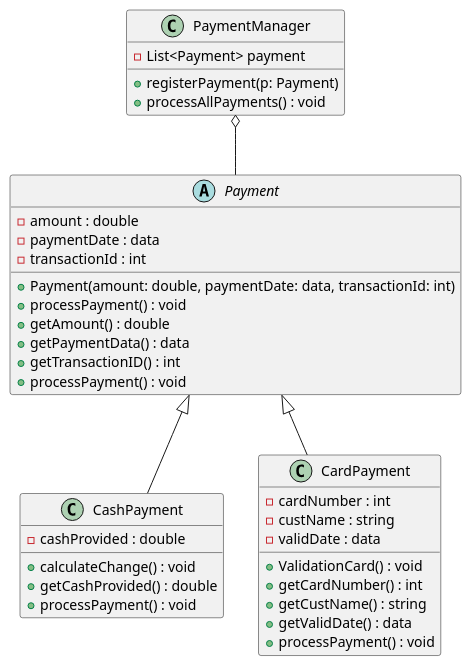
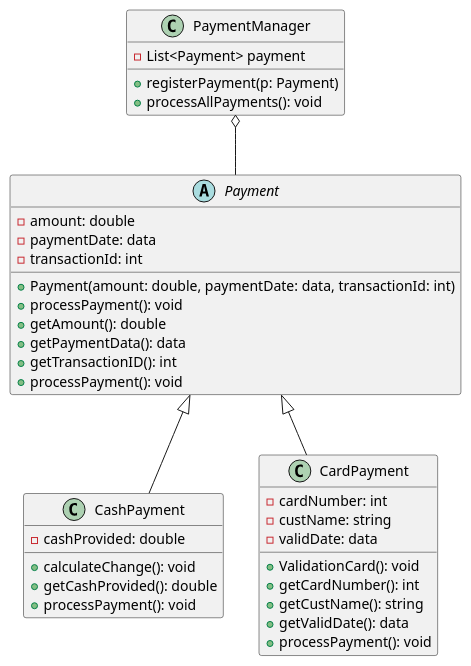
The diagram in class/homework_5.puml (IrinaDubrovina/T1-UML-diagrams), drawn with PlantUML before and after one commit. The commit also changed 1 other file, not shown here.

```diff
--- a/class/homework_5.puml
+++ b/class/homework_5.puml
@@ -1,41 +1,41 @@
 @startuml
 abstract class Payment {
-    - amount : double
-    - paymentDate : data
-    - transactionId : int 
+    - amount: double
+    - paymentDate: data
+    - transactionId: int 
     + Payment(amount: double, paymentDate: data, transactionId: int)
-    + processPayment() : void
-    + getAmount() : double
-    + getPaymentData() : data
-    + getTransactionID() : int
-    + processPayment() : void
+    + processPayment(): void
+    + getAmount(): double
+    + getPaymentData(): data
+    + getTransactionID(): int
+    + processPayment(): void
 }
 
 class CashPayment {
-    - cashProvided : double
-    + calculateСhange() : void
-    + getCashProvided() : double
-    + processPayment() : void
+    - cashProvided: double
+    + calculateСhange(): void
+    + getCashProvided(): double
+    + processPayment(): void
 }
 
 class CardPayment {
-    - cardNumber : int
-    - custName : string
-    - validDate : data
-    + ValidationCard() : void
-    + getCardNumber() : int
-    + getCustName() : string
-    + getValidDate() : data
-    + processPayment() : void
+    - cardNumber: int
+    - custName: string
+    - validDate: data
+    + ValidationCard(): void
+    + getCardNumber(): int
+    + getCustName(): string
+    + getValidDate(): data
+    + processPayment(): void
 }
 
 class PaymentManager {
     - List<Payment> payment
     + registerPayment(p: Payment) 
-    + processAllPayments() : void
+    + processAllPayments(): void
 }
 
 Payment <|-- CashPayment
 Payment <|-- CardPayment
 PaymentManager o-- Payment
 @enduml
```
